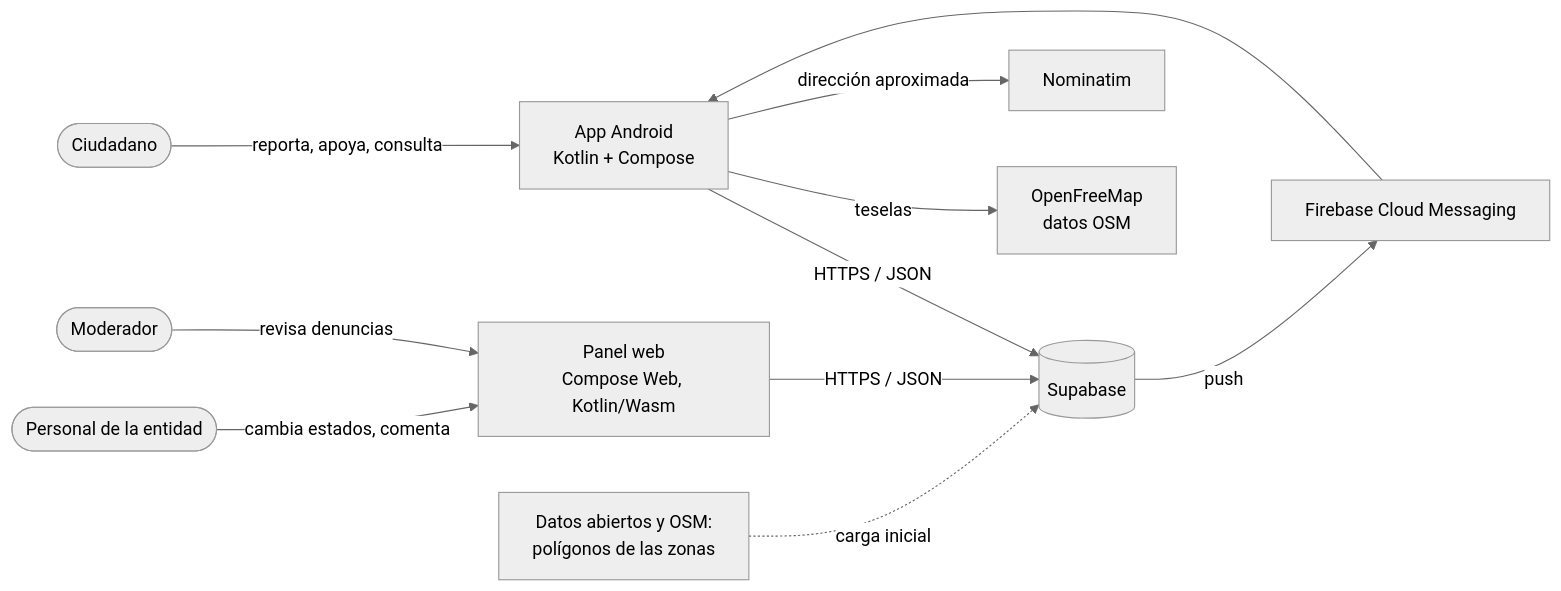
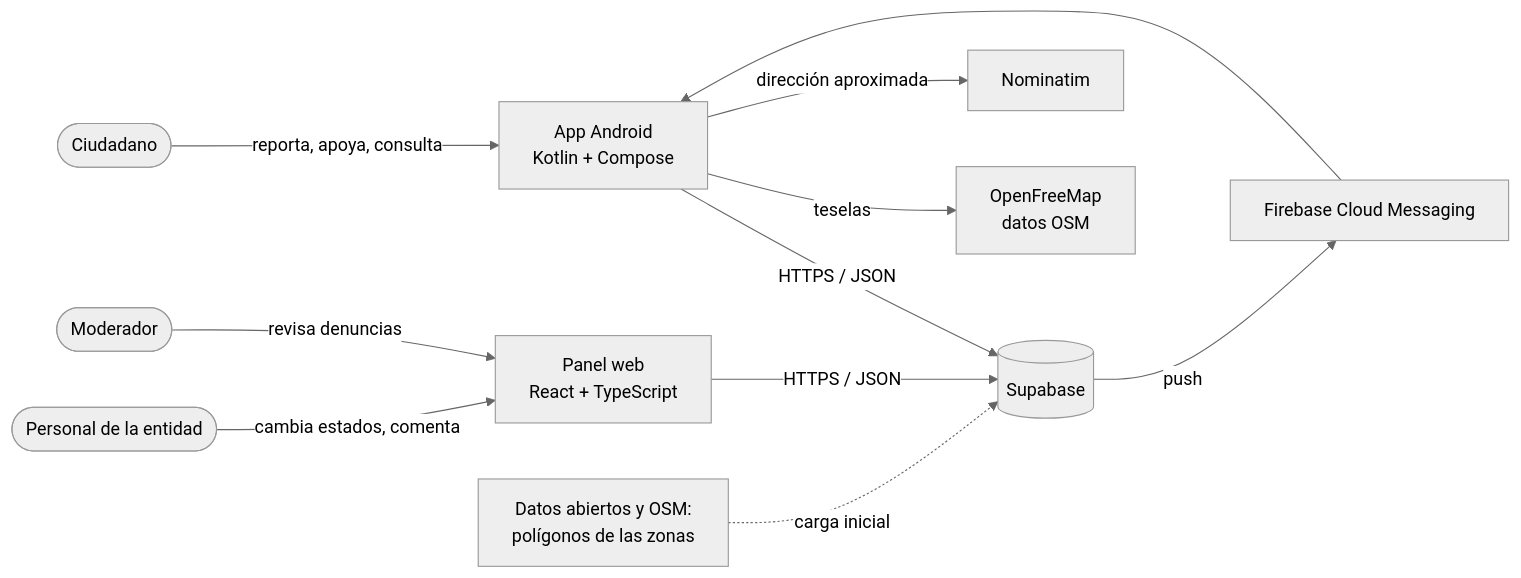
Before and after one commit to pieersx/app-civika: the first of 6 diagrams in docs/arquitectura.md, drawn with Mermaid (neutral theme). The commit also changed other lines of this file and 12 other files, not shown here.

````diff
--- a/docs/arquitectura.md
+++ b/docs/arquitectura.md
@@ -31,13 +31,13 @@
 ```mermaid
 flowchart LR
   ciudadano([Ciudadano]) -->|reporta, apoya, consulta| app[App Android<br/>Kotlin + Compose]
-  personal([Personal de la entidad]) -->|cambia estados, comenta| panel[Panel web<br/>Compose Web, Kotlin/Wasm]
+  personal([Personal de la entidad]) -->|cambia estados, comenta| panel[Panel web<br/>React + TypeScript]
   moderador([Moderador]) -->|revisa denuncias| panel
   app -->|HTTPS / JSON| supa[(Supabase)]
   panel -->|HTTPS / JSON| supa
   supa -->|push| fcm[Firebase Cloud Messaging]
   fcm --> app
   app -->|teselas| tiles[OpenFreeMap<br/>datos OSM]
   app -->|dirección aproximada| nomi[Nominatim]
   datos[Datos abiertos y OSM:<br/>polígonos de las zonas] -. carga inicial .-> supa
 ```
````
